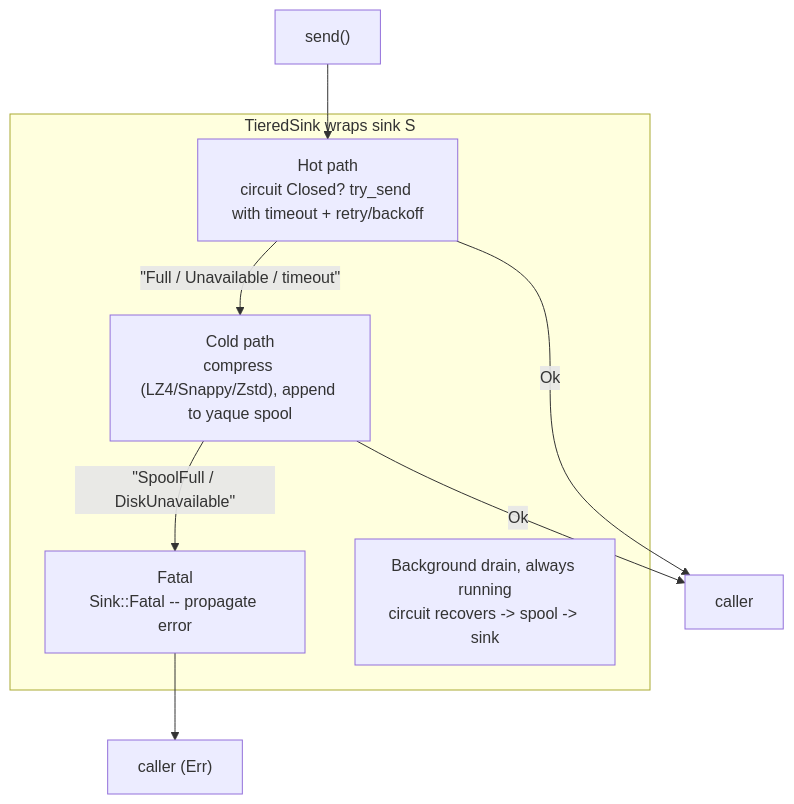
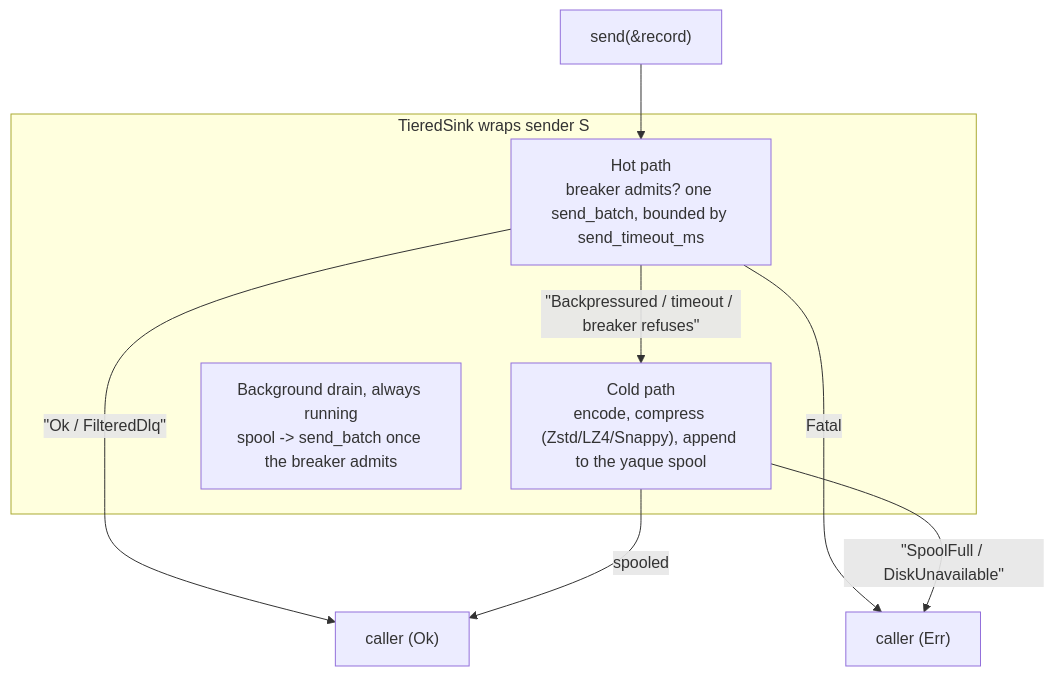
Before and after one commit to hyperi-io/scalo-rs: the first of 3 diagrams in docs/pipeline/tiered-sink.md, drawn with Mermaid. The commit also changed other lines of this file and 14 other files, not shown here.

First line of the commit message:
fix: make the tiered sink's docs and metric manifest match the code (#349)

````diff
--- a/docs/pipeline/tiered-sink.md
+++ b/docs/pipeline/tiered-sink.md
@@ -15,15 +12,14 @@
 ```mermaid
 flowchart TB
-    Send["send()"] --> Hot
-    subgraph TS["TieredSink wraps sink S"]
-        Hot["Hot path<br/>circuit Closed? try_send with timeout + retry/backoff"]
-        Cold["Cold path<br/>compress (LZ4/Snappy/Zstd), append to yaque spool"]
-        Fatal["Fatal<br/>Sink::Fatal -- propagate error"]
-        Drain["Background drain, always running<br/>circuit recovers -> spool -> sink"]
-        Hot -->|&quot;Full / Unavailable / timeout&quot;| Cold
-        Cold -->|&quot;SpoolFull / DiskUnavailable&quot;| Fatal
+    Send["send(&record)"] --> Hot
+    subgraph TS["TieredSink wraps sender S"]
+        Hot["Hot path<br/>breaker admits? one send_batch, bounded by send_timeout_ms"]
+        Cold["Cold path<br/>encode, compress (Zstd/LZ4/Snappy), append to the yaque spool"]
+        Drain["Background drain, always running<br/>spool -> send_batch once the breaker admits"]
+        Hot -->|&quot;Backpressured / timeout / breaker refuses&quot;| Cold
     end
-    Hot -->|Ok| Caller["caller"]
-    Cold -->|Ok| Caller
-    Fatal --> CallerErr["caller (Err)"]
+    Hot -->|&quot;Ok / FilteredDlq&quot;| Caller["caller (Ok)"]
+    Cold -->|spooled| Caller
+    Hot -->|Fatal| CallerErr["caller (Err)"]
+    Cold -->|&quot;SpoolFull / DiskUnavailable&quot;| CallerErr
 ```
````
